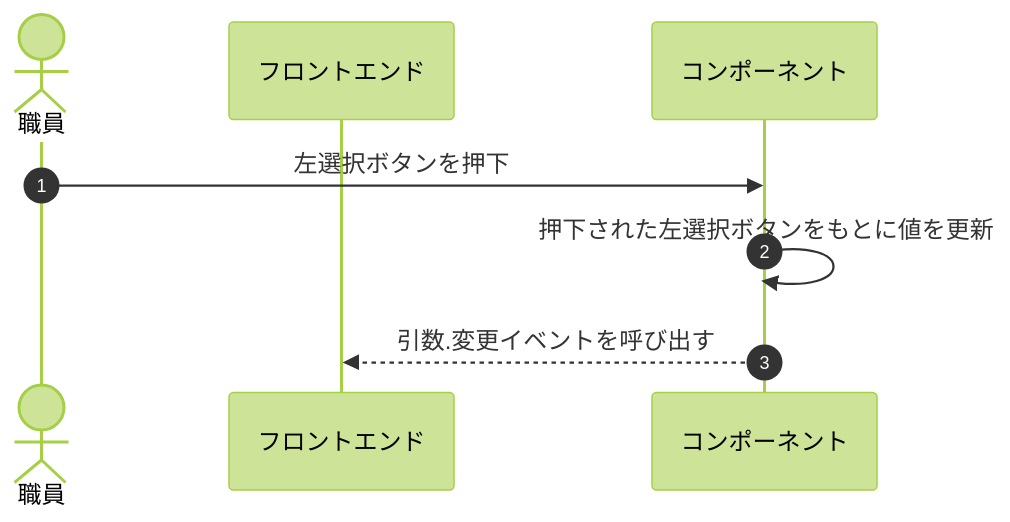
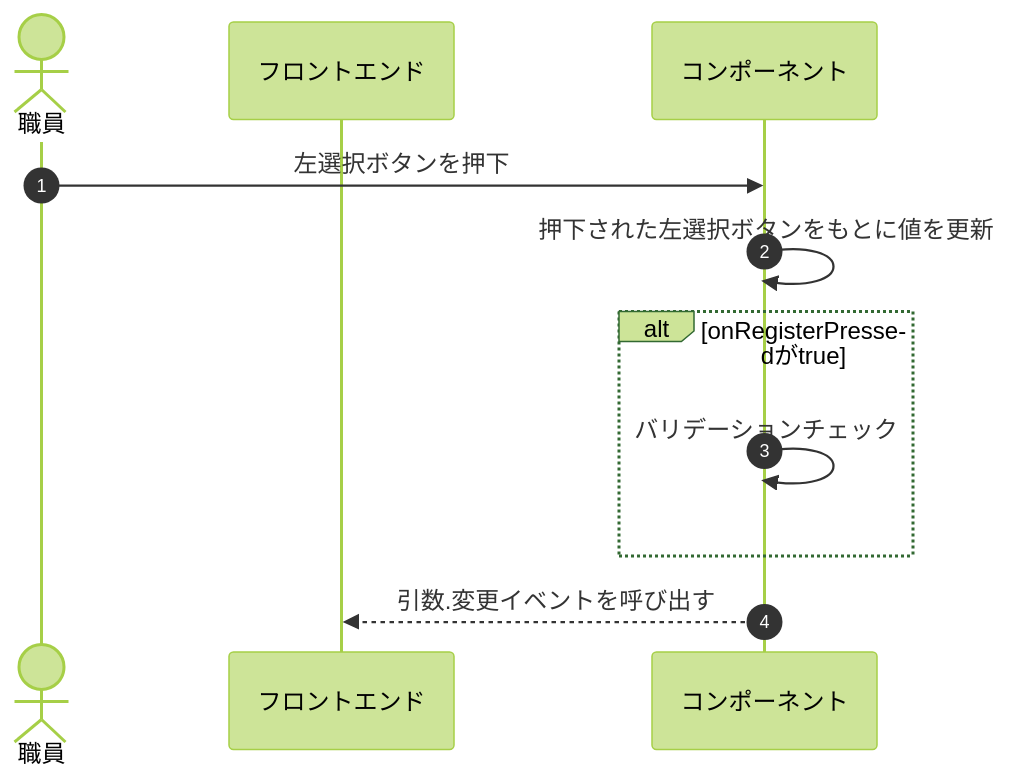
Before and after one commit to MrWangpeilin945/FlutterIOS: the diagram in Documents/UI設計書/src/docs/コンポーネント/CP1010_検査項目グループ_検査：選択（左右）/CP1010-LeftSelectButtonPressed.mmd, drawn with Mermaid. The commit also changed 22 other files, not shown here.

Commit message:
シーケンス図を修正

```diff
--- a/Documents/UI設計書/src/docs/コンポーネント/CP1010_検査項目グループ_検査：選択（左右）/CP1010-LeftSelectButtonPressed.mmd
+++ b/Documents/UI設計書/src/docs/コンポーネント/CP1010_検査項目グループ_検査：選択（左右）/CP1010-LeftSelectButtonPressed.mmd
@@ -1,10 +1,13 @@
 %%{init:{'theme':'forest'}}%%
 sequenceDiagram
 autonumber
   actor User as 職員
   participant FE as フロントエンド
   participant KN as コンポーネント  
 
   User->>KN:左選択ボタンを押下
   KN->>KN:押下された左選択ボタンをもとに値を更新
+  alt onRegisterPressedがtrue
+  KN->>KN:バリデーションチェック
+  end
   KN-->>FE:引数.変更イベントを呼び出す
```
